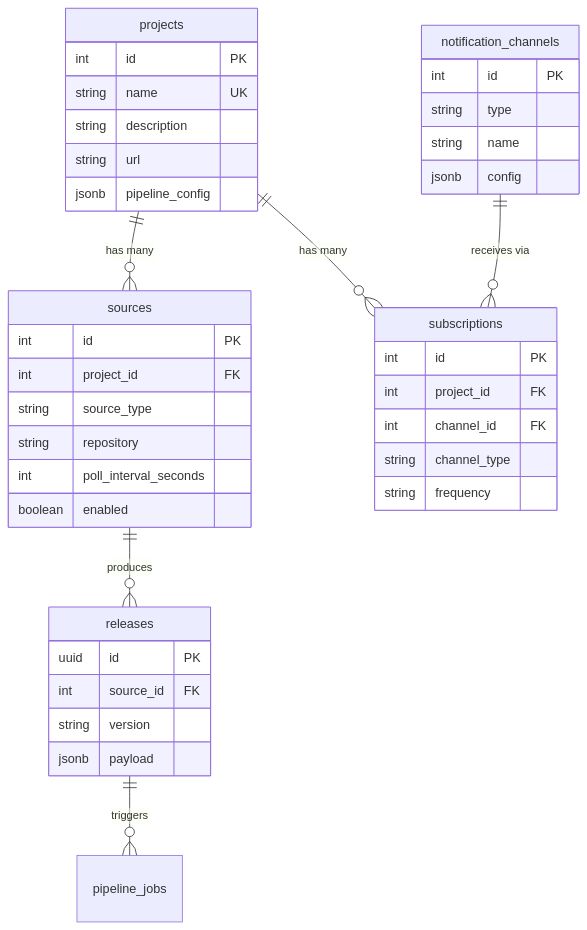
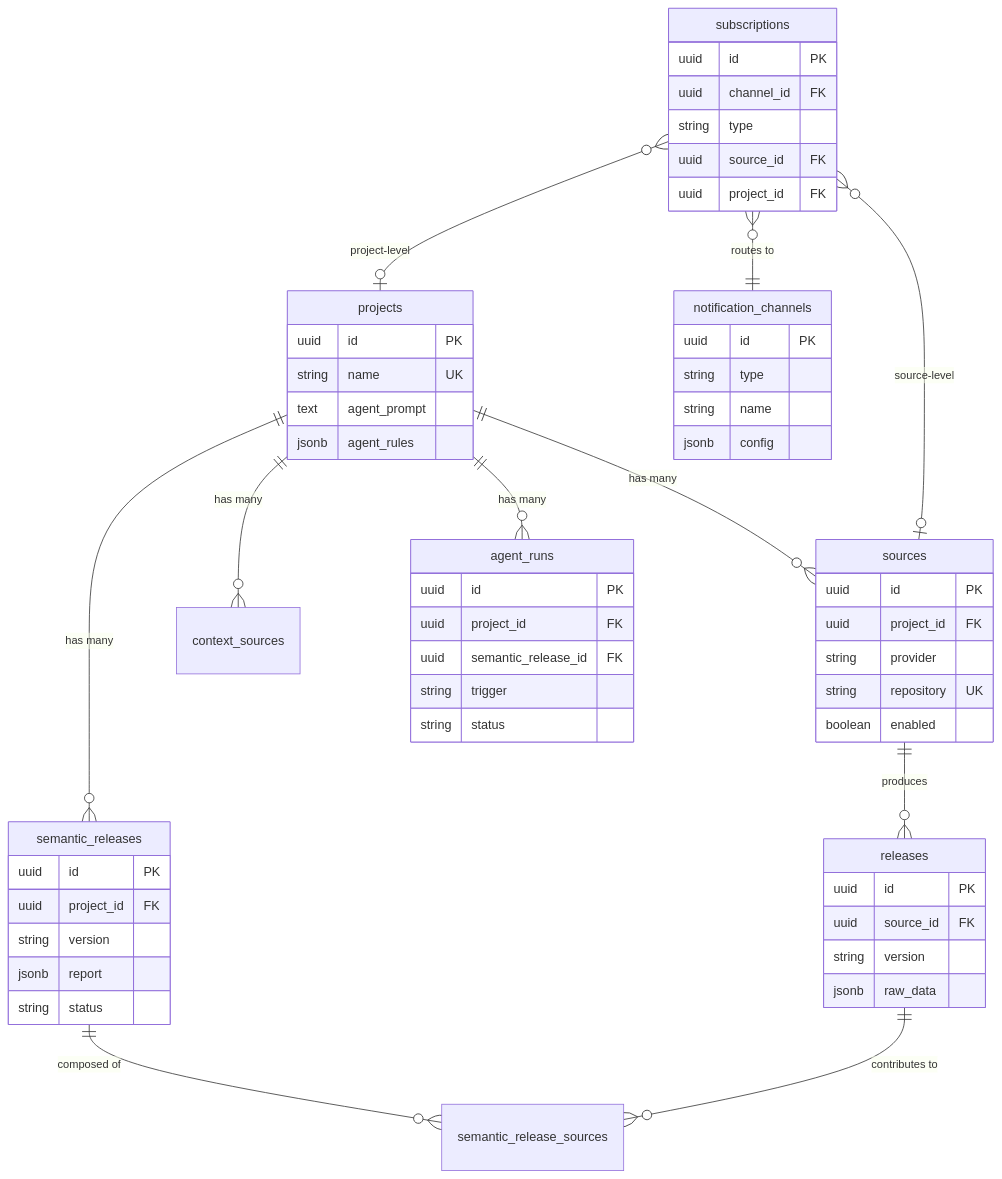
Before and after one commit to sentioxyz/changelogue: the second of 2 diagrams in ARCH.md, drawn with Mermaid. The commit also changed other lines of this file and 19 other files, not shown here.

First line of the commit message:
refactor: remove pipeline layer — replaced by agent + notification workers

````diff
--- a/ARCH.md
+++ b/ARCH.md
@@ -59,43 +66,60 @@
 ```mermaid
 erDiagram
     projects ||--o{ sources : "has many"
-    projects ||--o{ subscriptions : "has many"
+    projects ||--o{ context_sources : "has many"
+    projects ||--o{ semantic_releases : "has many"
+    projects ||--o{ agent_runs : "has many"
     sources ||--o{ releases : "produces"
-    releases ||--o{ pipeline_jobs : "triggers"
-    notification_channels ||--o{ subscriptions : "receives via"
+    subscriptions }o--|| notification_channels : "routes to"
+    subscriptions }o--o| sources : "source-level"
+    subscriptions }o--o| projects : "project-level"
+    semantic_releases ||--o{ semantic_release_sources : "composed of"
+    releases ||--o{ semantic_release_sources : "contributes to"
 
     projects {
-        int id PK
+        uuid id PK
         string name UK
-        string description
-        string url
-        jsonb pipeline_config
+        text agent_prompt
+        jsonb agent_rules
     }
     sources {
-        int id PK
-        int project_id FK
-        string source_type
-        string repository
-        int poll_interval_seconds
+        uuid id PK
+        uuid project_id FK
+        string provider
+        string repository UK
         boolean enabled
     }
     releases {
         uuid id PK
-        int source_id FK
+        uuid source_id FK
         string version
-        jsonb payload
+        jsonb raw_data
+    }
+    semantic_releases {
+        uuid id PK
+        uuid project_id FK
+        string version
+        jsonb report
+        string status
+    }
+    agent_runs {
+        uuid id PK
+        uuid project_id FK
+        uuid semantic_release_id FK
+        string trigger
+        string status
     }
     subscriptions {
-        int id PK
-        int project_id FK
-        int channel_id FK
-        string channel_type
-        string frequency
+        uuid id PK
+        uuid channel_id FK
+        string type
+        uuid source_id FK
+        uuid project_id FK
     }
     notification_channels {
-        int id PK
+        uuid id PK
         string type
         string name
         jsonb config
     }
 ```
````
